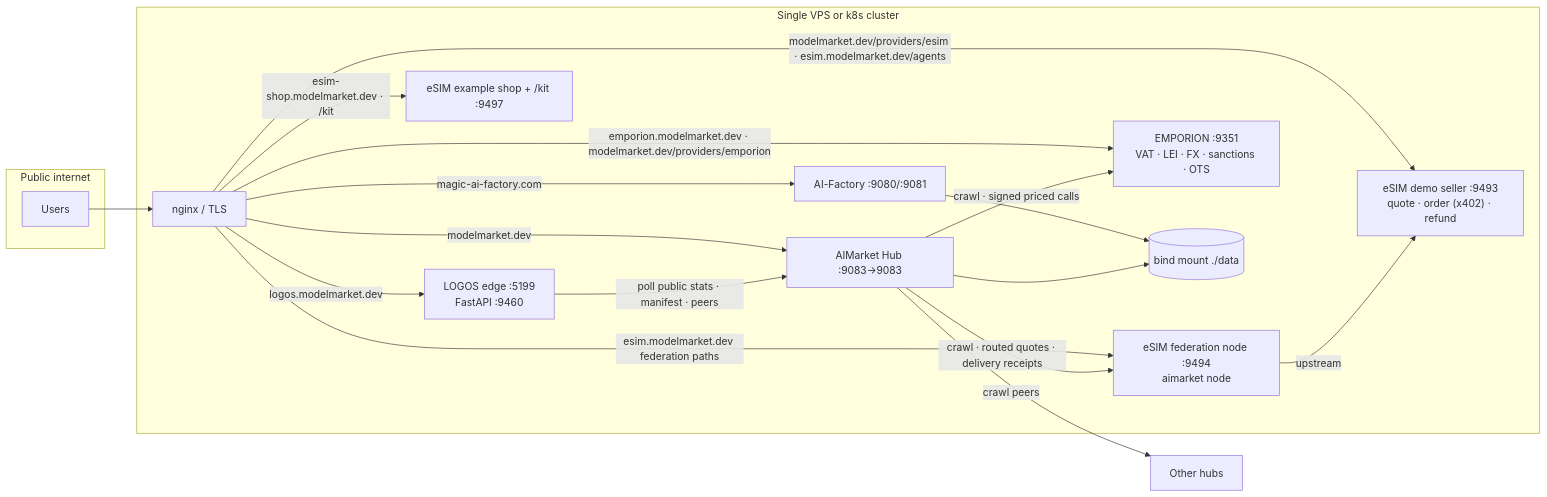
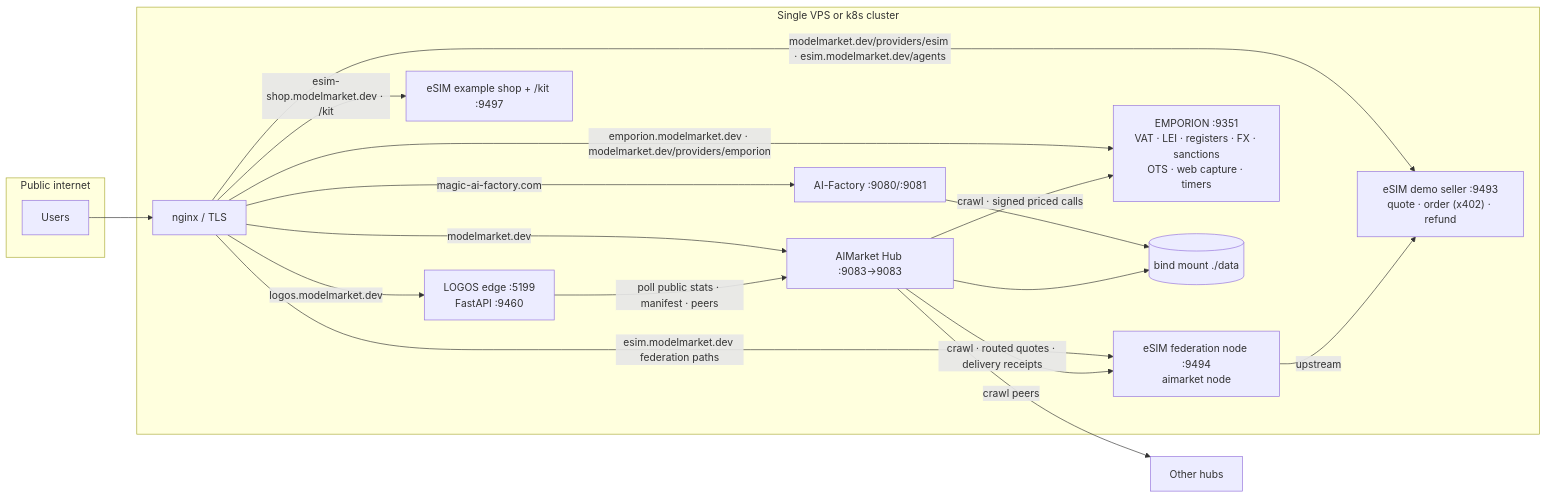
Before and after one commit to alexar76/aicom: the third of 6 diagrams in docs/ecosystem-architecture.md, drawn with Mermaid. The commit also changed other lines of this file and 26 other files, not shown here.

````diff
--- a/docs/ecosystem-architecture.md
+++ b/docs/ecosystem-architecture.md
@@ -186,34 +186,34 @@
 ```mermaid
 flowchart LR
   subgraph internet["Public internet"]
     U["Users"]
   end
 
   subgraph host["Single VPS or k8s cluster"]
     NGINX["nginx / TLS"]
     FAC["AI-Factory :9080/:9081"]
     HUB["AIMarket Hub :9083→9083"]
     LOGOS["LOGOS edge :5199<br/>FastAPI :9460"]
     ESIMN["eSIM demo seller :9493<br/>quote · order (x402) · refund"]
     ESIMF["eSIM federation node :9494<br/>aimarket node"]
     ESIMS["eSIM example shop + /kit :9497"]
-    EMP["EMPORION :9351<br/>VAT · LEI · FX · sanctions · OTS"]
+    EMP["EMPORION :9351<br/>VAT · LEI · registers · FX · sanctions<br/>OTS · web capture · timers"]
     DATA[("bind mount ./data")]
   end
 
   U --> NGINX
   NGINX -->|"magic-ai-factory.com"| FAC
   NGINX -->|"modelmarket.dev"| HUB
   NGINX -->|"logos.modelmarket.dev"| LOGOS
   NGINX -->|"modelmarket.dev/providers/esim · esim.modelmarket.dev/agents"| ESIMN
   NGINX -->|"esim.modelmarket.dev federation paths"| ESIMF
   NGINX -->|"esim-shop.modelmarket.dev · /kit"| ESIMS
   NGINX -->|"emporion.modelmarket.dev · modelmarket.dev/providers/emporion"| EMP
   ESIMF -->|"upstream"| ESIMN
   FAC --> DATA
   HUB --> DATA
   HUB -->|"crawl peers"| PEERS["Other hubs"]
   LOGOS -->|"poll public stats · manifest · peers"| HUB
   HUB -->|"crawl · routed quotes · delivery receipts"| ESIMF
   HUB -->|"crawl · signed priced calls"| EMP
 ```
````
